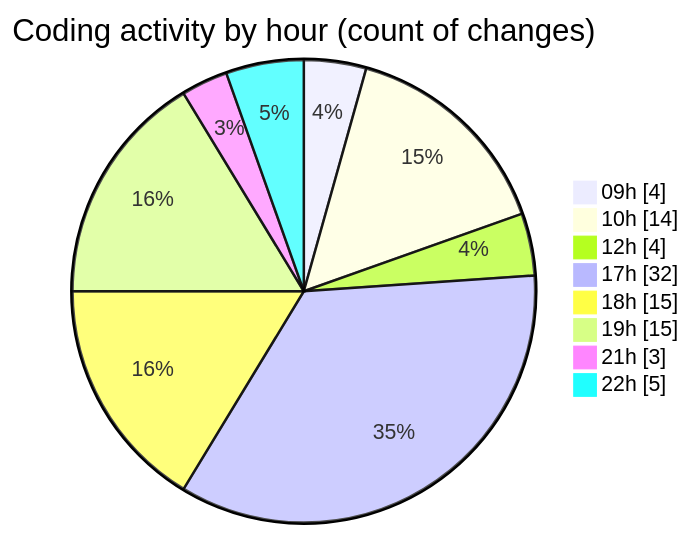
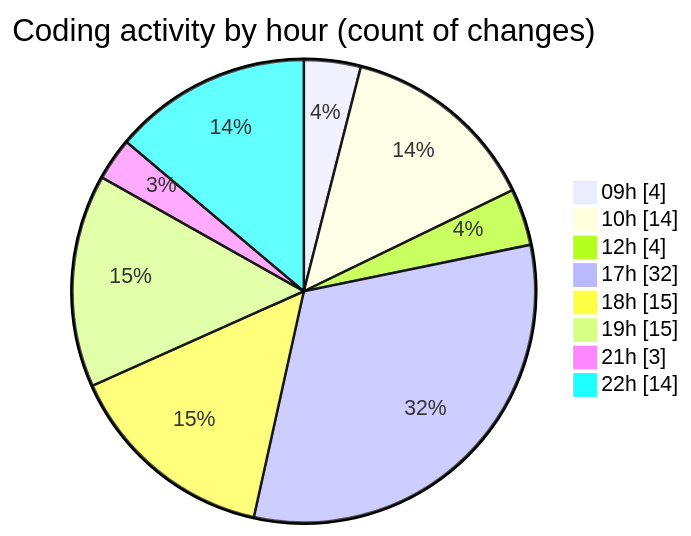
The second of 2 diagrams in 2025-05-06/niten/README.md (Elitesun/code-tracking), drawn with Mermaid before and after one commit. The commit also changed other lines of this file and 1 other file, not shown here.

````diff
--- a/2025-05-06/niten/README.md
+++ b/2025-05-06/niten/README.md
@@ -61,12 +64,12 @@
 ```mermaid
 pie showData
 title Coding activity by hour (count of changes)
 "09h" : 4
 "10h" : 14
 "12h" : 4
 "17h" : 32
 "18h" : 15
 "19h" : 15
 "21h" : 3
-"22h" : 5
+"22h" : 14
 ```
````
